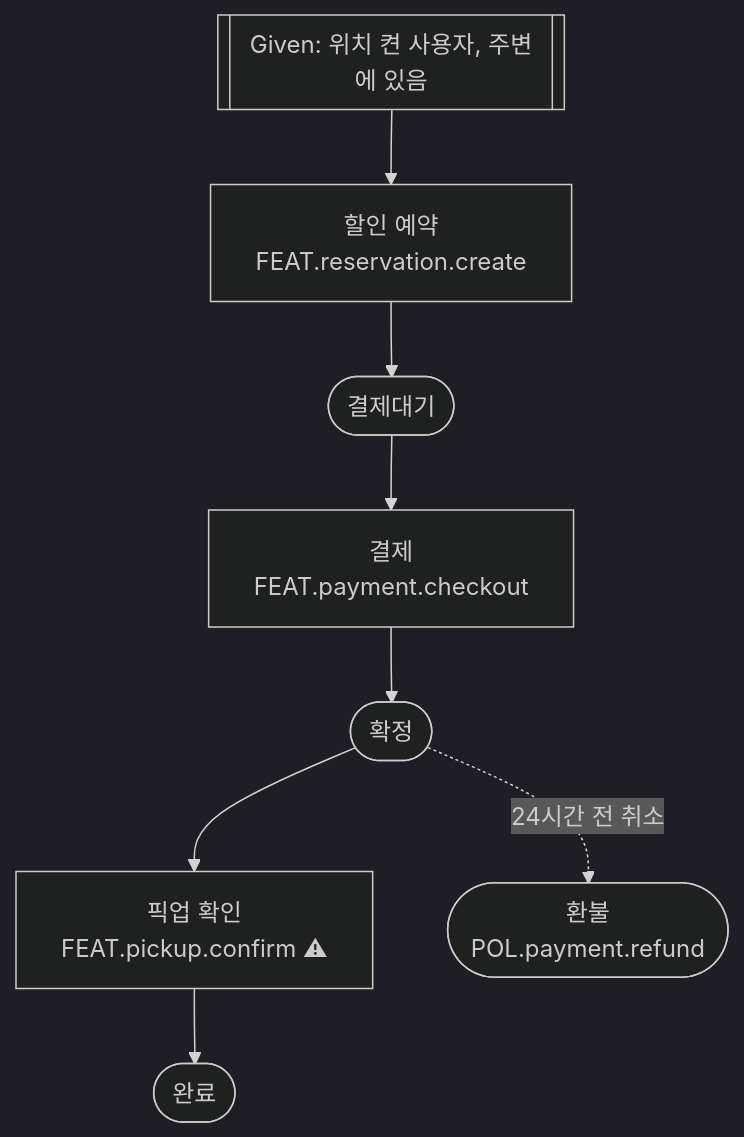
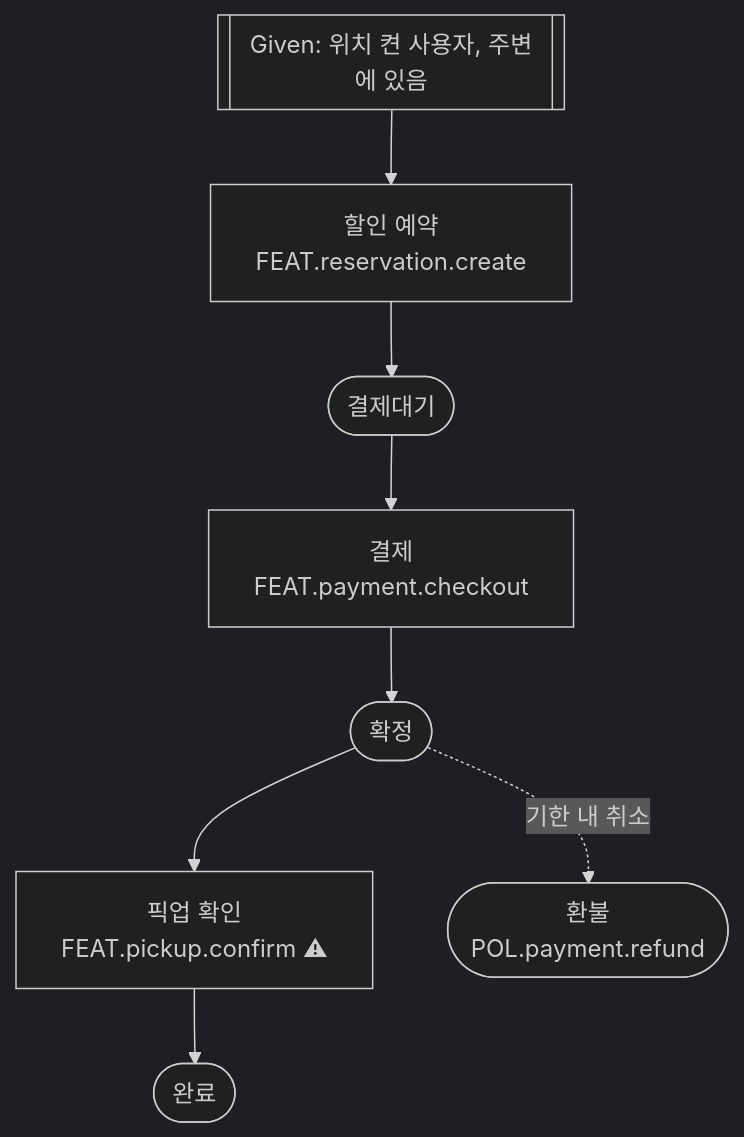
The diagram in skills/easyproduct-scenario/references/example-walkthrough.md (doocubii/easyproduct), drawn with Mermaid (dark theme) before and after one commit. The commit also changed other lines of this file and 7 other files, not shown here.

````diff
--- a/skills/easyproduct-scenario/references/example-walkthrough.md
+++ b/skills/easyproduct-scenario/references/example-walkthrough.md
@@ -43,11 +47,11 @@
 ```mermaid
 flowchart TD
     G[["Given: 위치 켠 사용자, 주변에 있음"]]
     G --> A1["할인 예약<br/>FEAT.reservation.create"]
     A1 --> R1(["결제대기"])
     R1 --> A2["결제<br/>FEAT.payment.checkout"]
     A2 --> R2(["확정"])
     R2 --> A3["픽업 확인<br/>FEAT.pickup.confirm ⚠"]
     A3 --> R3(["완료"])
-    R2 -. "24시간 전 취소" .-> C(["환불<br/>POL.payment.refund"])
+    R2 -. "기한 내 취소" .-> C(["환불<br/>POL.payment.refund"])
 ```
````
